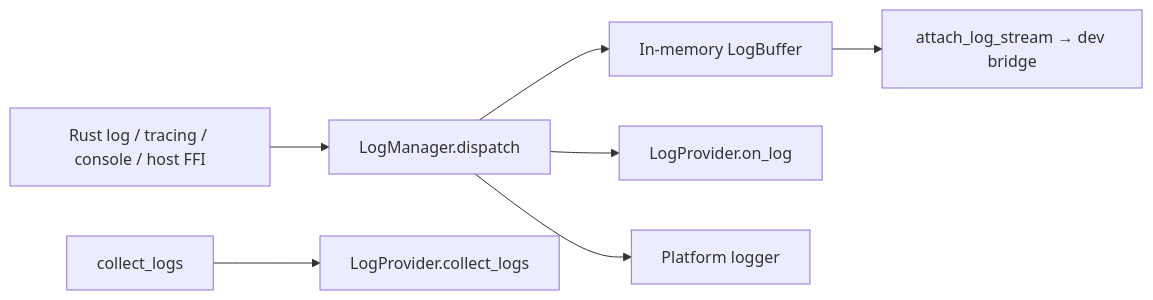
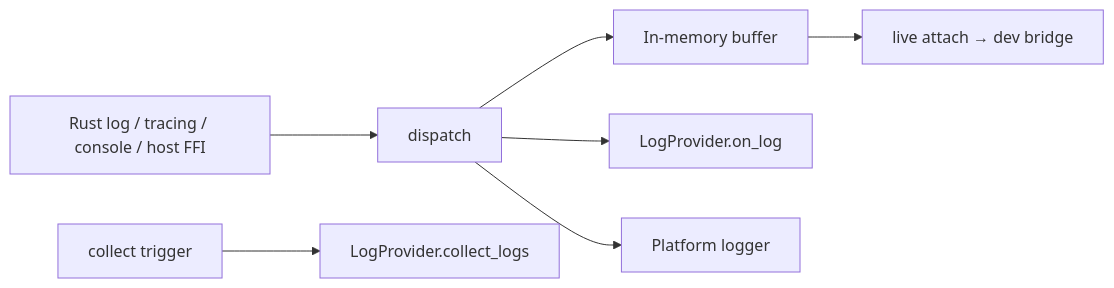
One commit to LingXia-Dev/LingXia changed the diagram in docs/internal/logging.md. Above: the diagram before and after it, drawn with Mermaid. The commit also changed other lines of this file and 29 other files, not shown here.

````diff
--- a/docs/internal/logging.md
+++ b/docs/internal/logging.md
@@ -27,9 +27,9 @@
 ```mermaid
 flowchart LR
-  A["Rust log / tracing / console / host FFI"] --> B["LogManager.dispatch"]
-  B --> C["In-memory LogBuffer"]
+  A["Rust log / tracing / console / host FFI"] --> B["dispatch"]
+  B --> C["In-memory buffer"]
   B --> D["LogProvider.on_log"]
   B --> E["Platform logger"]
-  C --> F["attach_log_stream → dev bridge"]
-  G["collect_logs"] --> H["LogProvider.collect_logs"]
+  C --> F["live attach → dev bridge"]
+  G["collect trigger"] --> H["LogProvider.collect_logs"]
 ```
````
